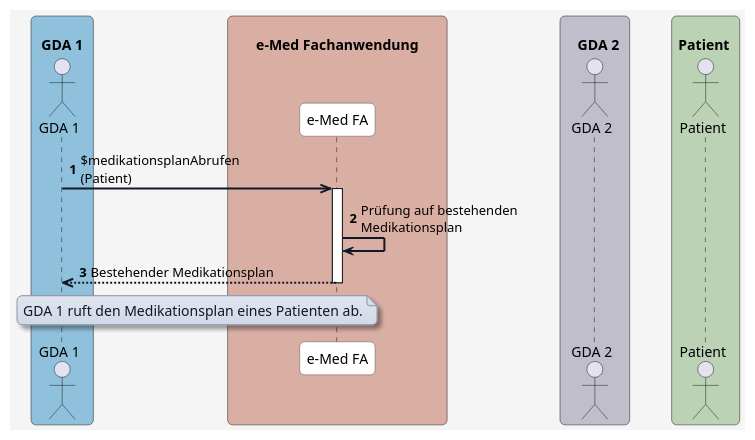
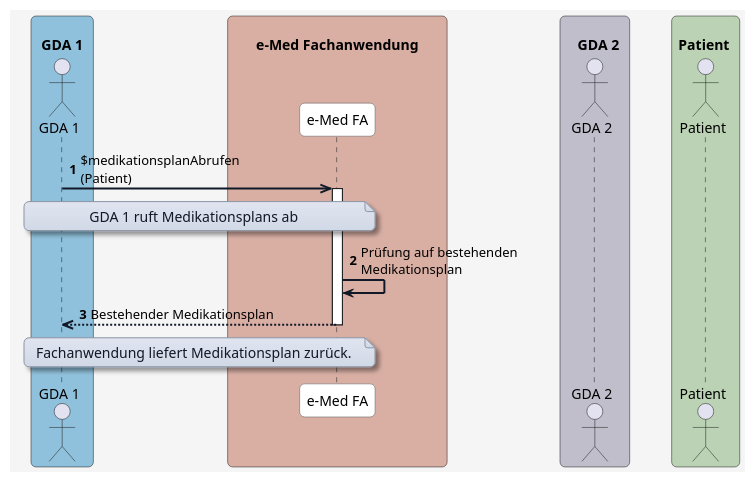
One commit to HL7Austria/ELGA-e-Medikation-R4 changed the diagram in input/images-source/UC_06_03.plantuml. Above: the diagram before and after it, drawn with PlantUML. The commit also changed 6 other files, not shown here.

Commit message:
Add workflow state diagrams (list-flag, planeintrag-status)

```diff
--- a/input/images-source/UC_06_03.plantuml
+++ b/input/images-source/UC_06_03.plantuml
@@ -1,72 +1,75 @@
 @startuml
 skinparam borderColor #000000
 skinparam backgroundColor #f5f5f5
 skinparam shadowing false
 skinparam roundCorner 10
 skinparam defaultFontName "Arial"
 skinparam defaultFontSize 14
 skinparam defaultFontColor #000000
 
 skinparam note {
   BackgroundColor #e0e5f0-#d1d9e6
   BorderColor #8b95a5
   BorderThickness 1
   RoundCorner 8
   Padding 6
   FontColor #111827
   Shadowing true
 }
 
 skinparam HyperlinkColor #0000EE
 skinparam HyperlinkUnderline false
 
 skinparam sequence {
   ParticipantBorderColor #555555
   ParticipantBackgroundColor #ffffff
   ParticipantFontColor #000000
   ParticipantFontSize 14
   ParticipantPadding 20
   ArrowColor #111827
   ArrowThickness 2
   ArrowFontColor #000000
   ArrowFontSize 13
   GroupBorderColor #111827
   GroupBackgroundColor #f3f4f6
   GroupBorderThickness 1
 }
 
 skinparam BoxPadding 20
 skinparam BoxBorderColor #555555
 
 box "\n  GDA 1  " #90C1DC
   actor GDA_1 as "GDA 1"
 end box
 
 box "\n       e-Med Fachanwendung       " #D9AFA4
   participant eMed_FA as "e-Med FA"
 end box
 
 box "\n    GDA 2  " #C0BECB
   actor GDA_2 as "GDA 2"
 end box
 
 box "\n Patient  " #BBD3B4
   actor Patient as "Patient"
 end box
 
 autonumber
 
 GDA_1 ->> eMed_FA: $medikationsplanAbrufen\n(Patient)
+note over GDA_1, eMed_FA
+GDA 1 ruft Medikationsplans ab
+end note
 
 activate eMed_FA
 eMed_FA -> eMed_FA: Prüfung auf bestehenden\nMedikationsplan
 
 eMed_FA -->> GDA_1: Bestehender Medikationsplan
 
 deactivate eMed_FA
 
 note over GDA_1, eMed_FA
-GDA 1 ruft den Medikationsplan eines Patienten ab.
+Fachanwendung liefert Medikationsplan zurück.
 end note
 
 @enduml
```
